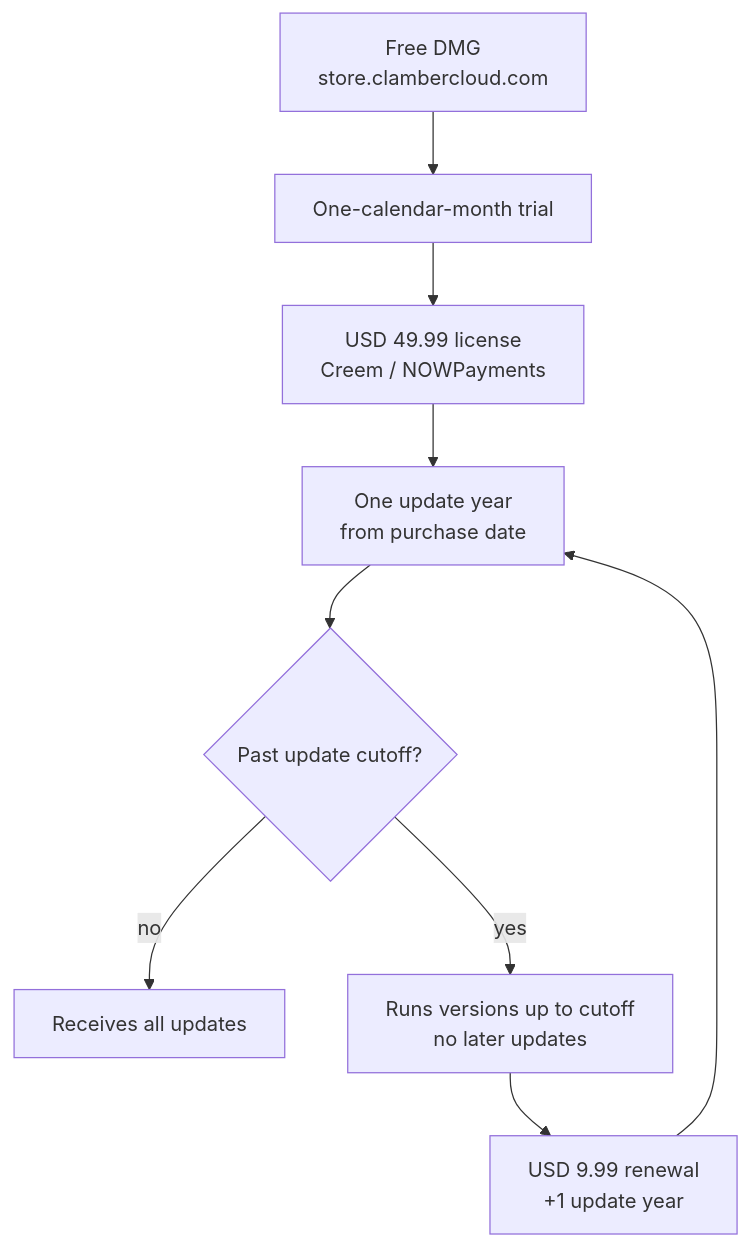
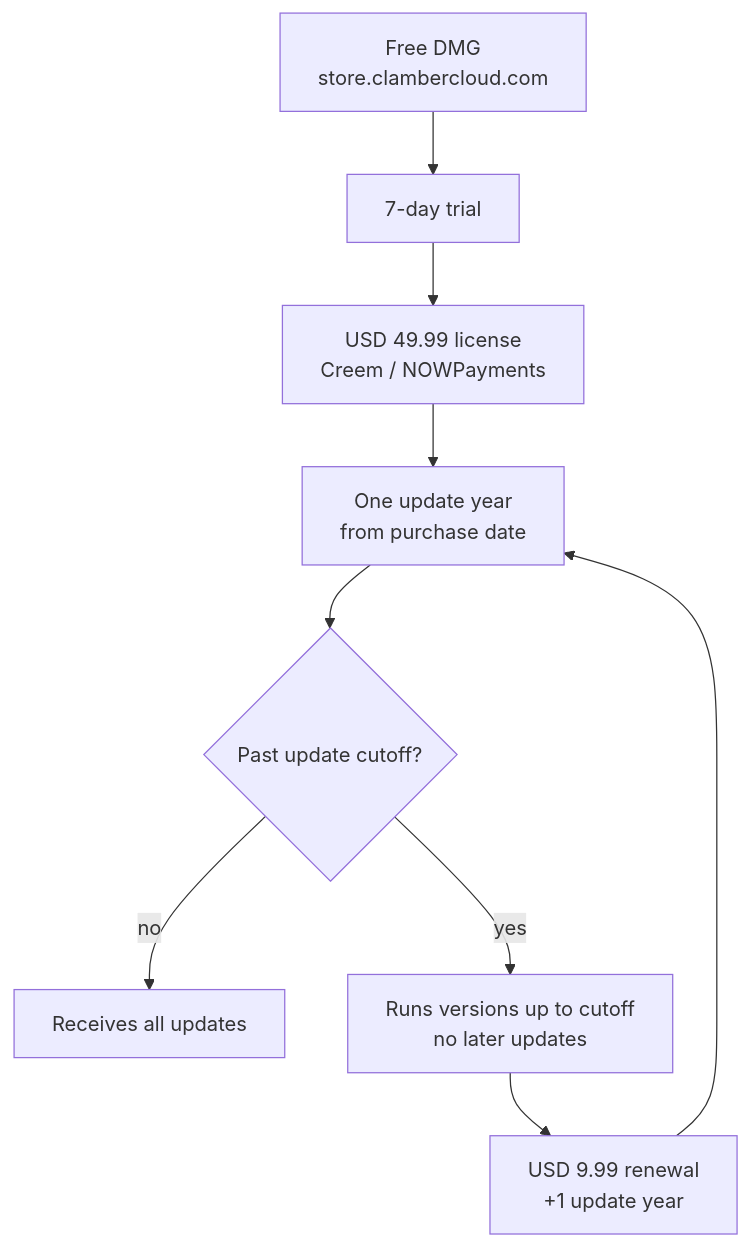
The fourth of 5 diagrams in README.md (JohnThre/clambhook), drawn with Mermaid before and after one commit. The commit also changed other lines of this file and 26 other files, not shown here.

````diff
--- a/README.md
+++ b/README.md
@@ -226,11 +226,11 @@
 ```mermaid
 flowchart TD
-    download["Free DMG<br/>store.clambercloud.com"] --> trial["One-calendar-month trial"]
+    download["Free DMG<br/>store.clambercloud.com"] --> trial["7-day trial"]
     trial --> buy["USD 49.99 license<br/>Creem / NOWPayments"]
     buy --> year["One update year<br/>from purchase date"]
     year --> cutoff{Past update cutoff?}
     cutoff -->|no| updates["Receives all updates"]
     cutoff -->|yes| frozen["Runs versions up to cutoff<br/>no later updates"]
     frozen --> renew["USD 9.99 renewal<br/>+1 update year"]
     renew --> year
 ```
````
